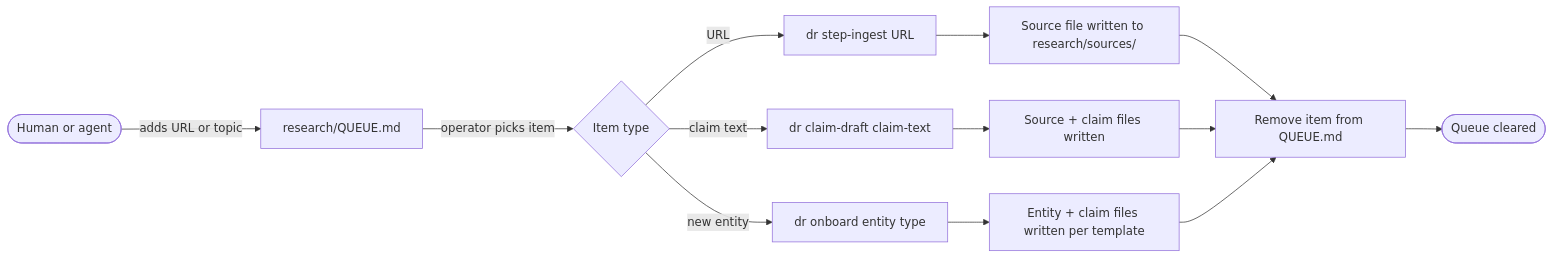
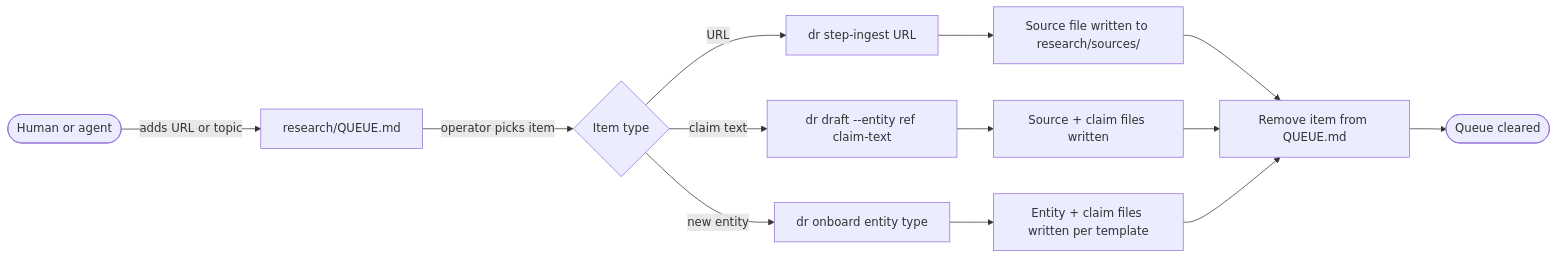
One commit to dangerous-robot/site changed the second of 6 diagrams in docs/architecture/research-flow.md. Above: the diagram before and after it, drawn with Mermaid. The commit also changed other lines of this file and 59 other files, not shown here.

````diff
--- a/docs/architecture/research-flow.md
+++ b/docs/architecture/research-flow.md
@@ -47,15 +46,15 @@
 ```mermaid
 flowchart LR
     A([Human or agent]) -->|adds URL or topic| B[research/QUEUE.md]
     B -->|operator picks item| C{Item type}
     C -->|URL| D[dr step-ingest URL]
-    C -->|claim text| E[dr claim-draft claim-text]
+    C -->|claim text| E[dr draft --entity ref claim-text]
     C -->|new entity| F[dr onboard entity type]
     D --> G[Source file written to research/sources/]
     E --> H[Source + claim files written]
     F --> I[Entity + claim files written per template]
     G --> J[Remove item from QUEUE.md]
     H --> J
     I --> J
     J --> K([Queue cleared])
 ```
````
